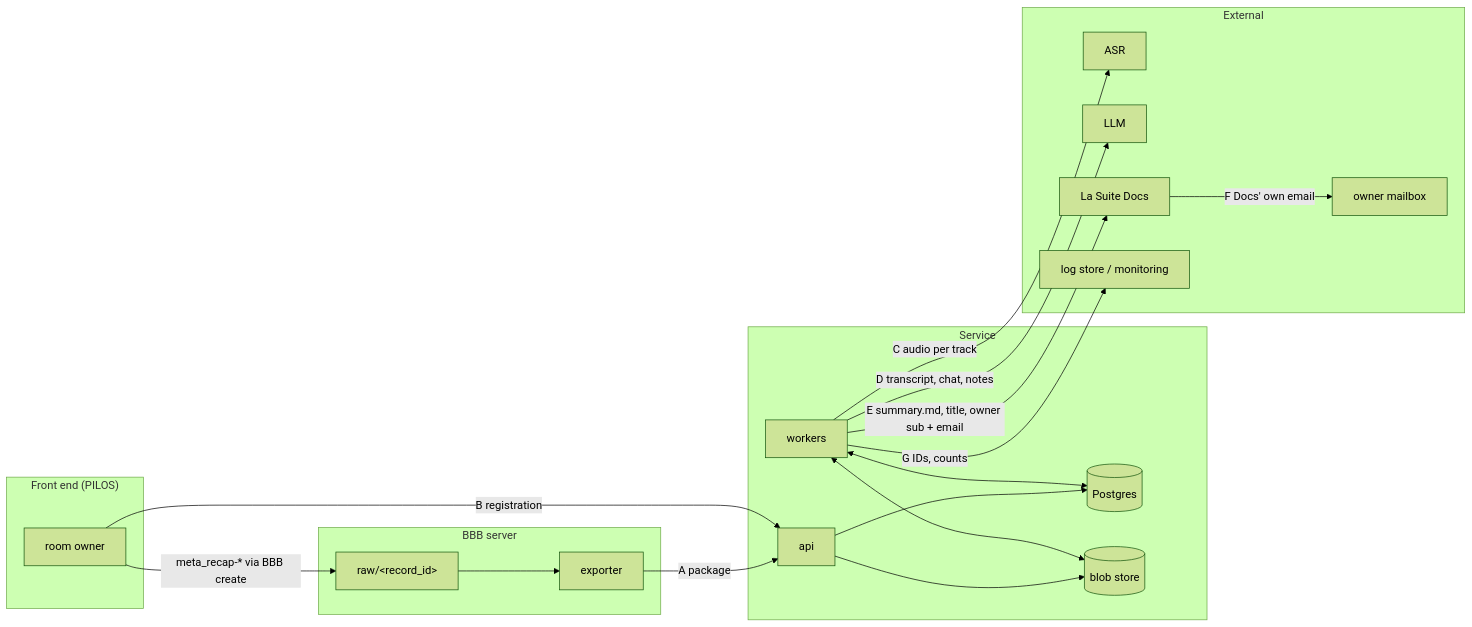
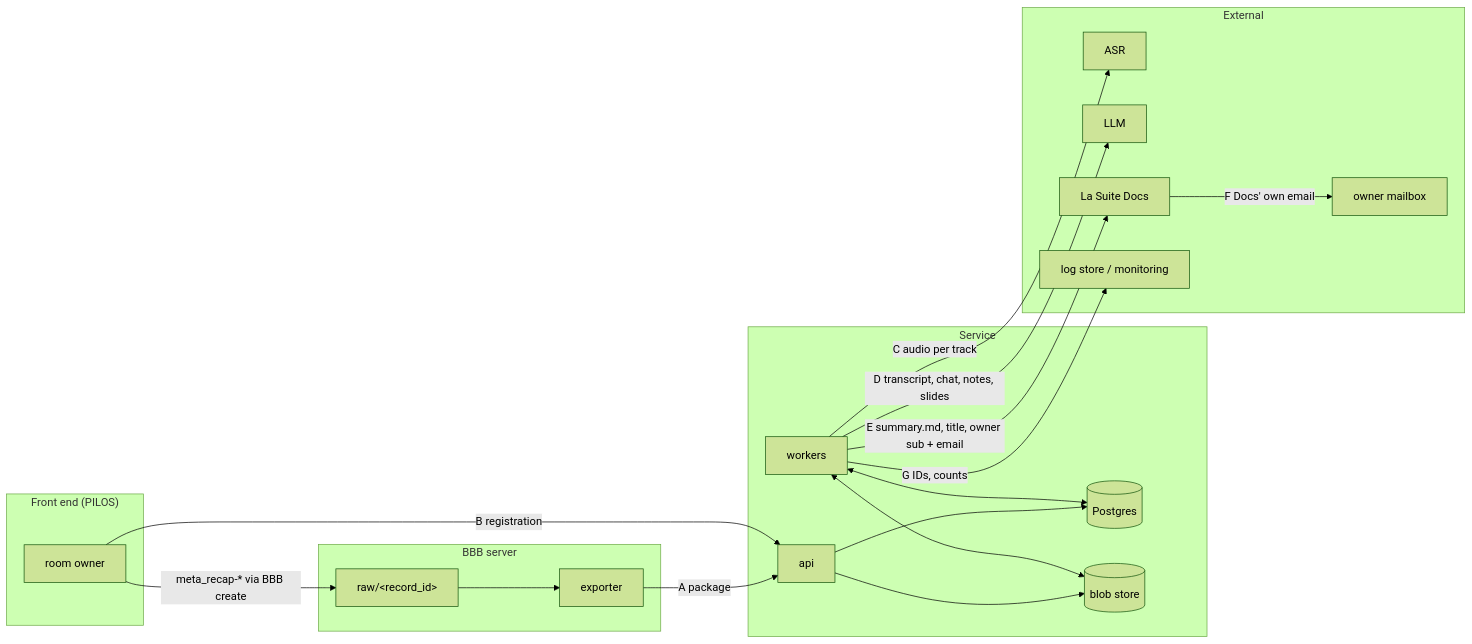
The diagram in docs/reference/privacy.md (virtUOS/bbb-recap), drawn with Mermaid (forest theme) before and after one commit. The commit also changed other lines of this file and 6 other files, not shown here.

````diff
--- a/docs/reference/privacy.md
+++ b/docs/reference/privacy.md
@@ -23,30 +23,30 @@
 ```mermaid
 flowchart LR
   subgraph Z1["BBB server"]
     RAW["raw/&lt;record_id&gt;"] --> EXP["exporter"]
   end
   subgraph Z2["Front end (PILOS)"]
     FE["room owner"]
   end
   subgraph Z3["Service"]
     API["api"] --> PG[("Postgres")]
     API --> BLOB[("blob store")]
     W["workers"] <--> PG
     W <--> BLOB
   end
   subgraph Z4["External"]
     ASR["ASR"]
     LLM["LLM"]
     DOCS["La Suite Docs"]
     MAIL["owner mailbox"]
     MON["log store / monitoring"]
   end
   FE -- "meta_recap-* via BBB create" --> RAW
   EXP -- "A package" --> API
   FE -- "B registration" --> API
   W -- "C audio per track" --> ASR
-  W -- "D transcript, chat, notes" --> LLM
+  W -- "D transcript, chat, notes, slides" --> LLM
   W -- "E summary.md, title, owner sub + email" --> DOCS
   DOCS -- "F Docs' own email" --> MAIL
   W -- "G IDs, counts" --> MON
 ```
````
